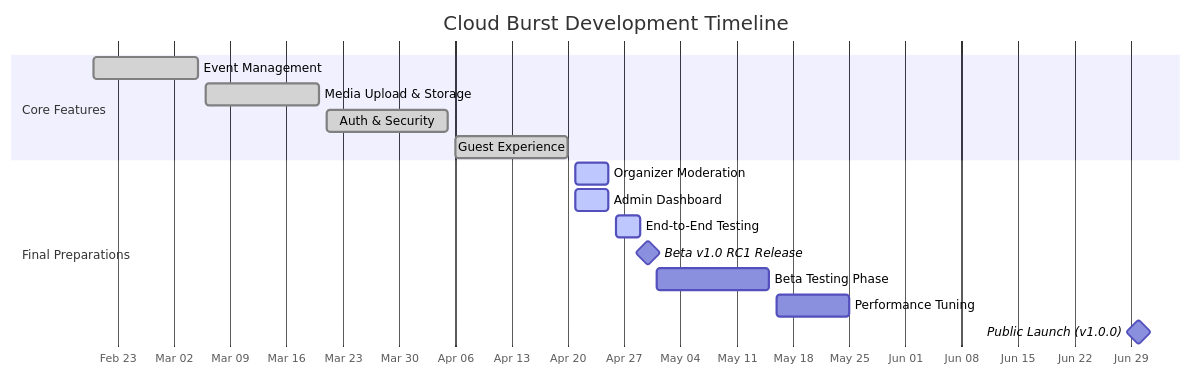
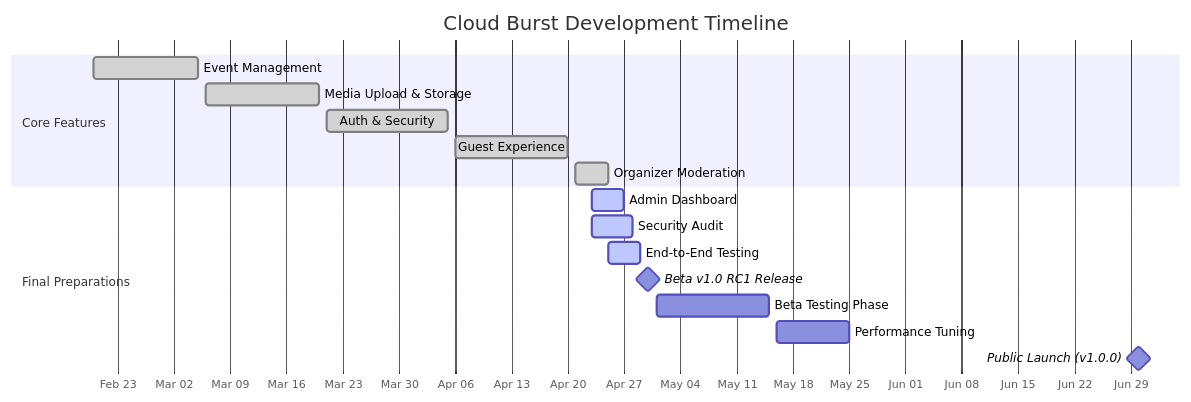
One commit to mrj0nesmtl/cloud-burst changed the third of 3 diagrams in docs/README.md. Above: the diagram before and after it, drawn with Mermaid. The commit also changed other lines of this file, not shown here.

````diff
--- a/docs/README.md
+++ b/docs/README.md
@@ -240,21 +259,22 @@
 ```mermaid
 gantt
     title Cloud Burst Development Timeline
     dateFormat  YYYY-MM-DD
     axisFormat %b %d
     
     section Core Features
-    Event Management        :done, c1, 2025-02-20, 2025-03-05
-    Media Upload & Storage  :done, c2, 2025-03-06, 2025-03-20
-    Auth & Security         :done, c3, 2025-03-21, 2025-04-05
-    Guest Experience        :done, c4, 2025-04-06, 2025-04-20
+    Event Management           :done, c1, 2025-02-20, 2025-03-05
+    Media Upload & Storage     :done, c2, 2025-03-06, 2025-03-20
+    Auth & Security            :done, c3, 2025-03-21, 2025-04-05
+    Guest Experience           :done, c4, 2025-04-06, 2025-04-20
+    Organizer Moderation       :done, o1, 2025-04-21, 2025-04-25
     
     section Final Preparations
-    Organizer Moderation    :active, o1, 2025-04-21, 2025-04-25
-    Admin Dashboard         :active, o2, 2025-04-21, 2025-04-25
-    End-to-End Testing      :active, o3, 2025-04-26, 2025-04-29
-    Beta v1.0 RC1 Release   :milestone, m1, 2025-04-30, 0d
-    Beta Testing Phase      :b1, 2025-05-01, 2025-05-15
-    Performance Tuning      :p1, 2025-05-16, 2025-05-25
-    Public Launch (v1.0.0)  :milestone, m2, 2025-06-30, 0d
+    Admin Dashboard            :active, o2, 2025-04-23, 2025-04-27
+    Security Audit             :active, o3, 2025-04-23, 2025-04-28
+    End-to-End Testing         :active, o4, 2025-04-25, 2025-04-29
+    Beta v1.0 RC1 Release      :milestone, m1, 2025-04-30, 0d
+    Beta Testing Phase         :b1, 2025-05-01, 2025-05-15
+    Performance Tuning         :p1, 2025-05-16, 2025-05-25
+    Public Launch (v1.0.0)     :milestone, m2, 2025-06-30, 0d
 ```
````
